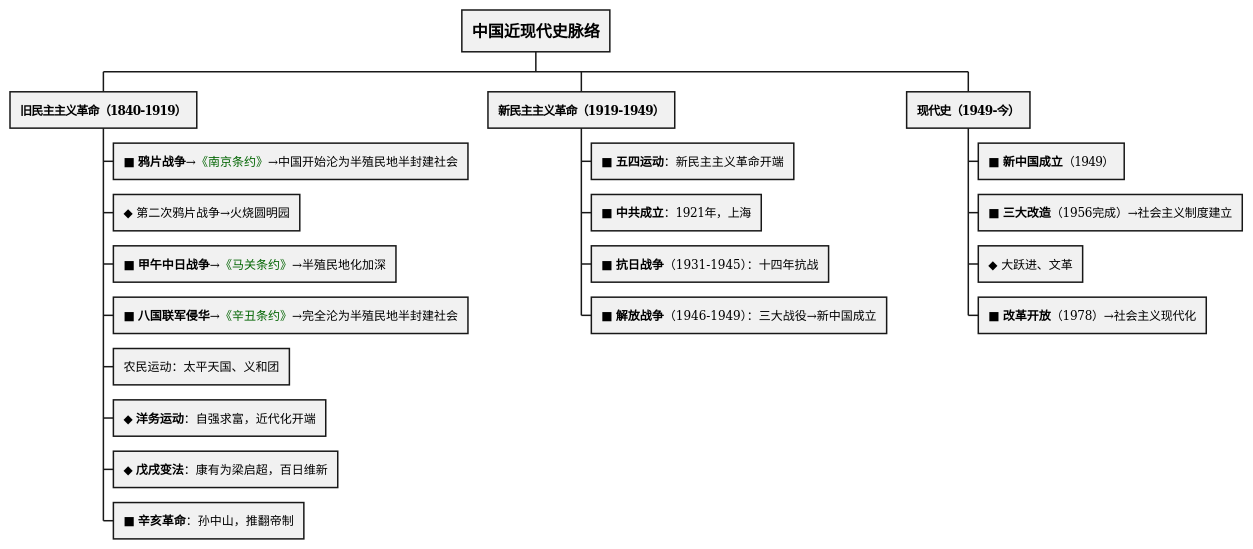
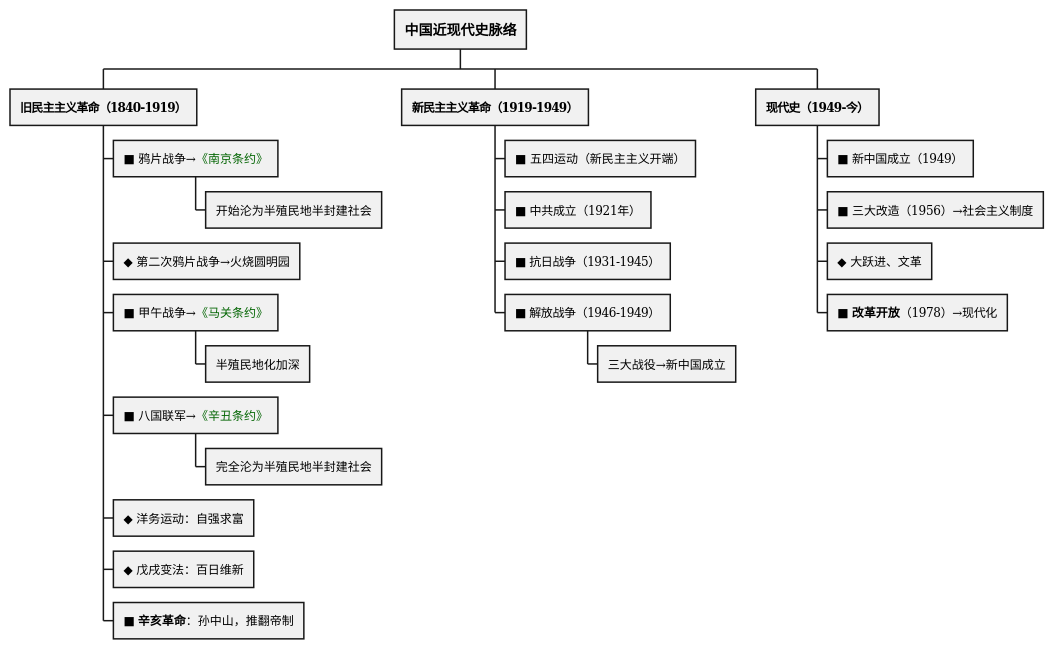
One commit to zhyage/Shehui changed the diagram in 历史/中国近现代史/中国近现代史.md. Above: the diagram before and after it, drawn with PlantUML. The commit also changed 1 other file, not shown here.

Commit message:
中国近现代史脉络图长文本拆为多行

````diff
--- a/历史/中国近现代史/中国近现代史.md
+++ b/历史/中国近现代史/中国近现代史.md
@@ -16,24 +16,27 @@
 ```plantuml
 @startwbs
-+ <size:16><b>中国近现代史脉络</b></size>
++ <size:14><b>中国近现代史脉络</b></size>
 ++ <b>旧民主主义革命（1840-1919）</b>
-+++ ■ <b>鸦片战争</b>→<color:#006400>《南京条约》</color>→中国开始沦为半殖民地半封建社会
++++ ■ 鸦片战争→<color:#006400>《南京条约》</color>
+++++ 开始沦为半殖民地半封建社会
 +++ ◆ 第二次鸦片战争→火烧圆明园
-+++ ■ <b>甲午中日战争</b>→<color:#006400>《马关条约》</color>→半殖民地化加深
-+++ ■ <b>八国联军侵华</b>→<color:#006400>《辛丑条约》</color>→完全沦为半殖民地半封建社会
-+++ 农民运动：太平天国、义和团
-+++ ◆ <b>洋务运动</b>：自强求富，近代化开端
-+++ ◆ <b>戊戌变法</b>：康有为梁启超，百日维新
++++ ■ 甲午战争→<color:#006400>《马关条约》</color>
+++++ 半殖民地化加深
++++ ■ 八国联军→<color:#006400>《辛丑条约》</color>
+++++ 完全沦为半殖民地半封建社会
++++ ◆ 洋务运动：自强求富
++++ ◆ 戊戌变法：百日维新
 +++ ■ <b>辛亥革命</b>：孙中山，推翻帝制
 ++ <b>新民主主义革命（1919-1949）</b>
-+++ ■ <b>五四运动</b>：新民主主义革命开端
-+++ ■ <b>中共成立</b>：1921年，上海
-+++ ■ <b>抗日战争</b>（1931-1945）：十四年抗战
-+++ ■ <b>解放战争</b>（1946-1949）：三大战役→新中国成立
++++ ■ 五四运动（新民主主义开端）
++++ ■ 中共成立（1921年）
++++ ■ 抗日战争（1931-1945）
++++ ■ 解放战争（1946-1949）
+++++ 三大战役→新中国成立
 ++ <b>现代史（1949-今）</b>
-+++ ■ <b>新中国成立</b>（1949）
-+++ ■ <b>三大改造</b>（1956完成）→社会主义制度建立
++++ ■ 新中国成立（1949）
++++ ■ 三大改造（1956）→社会主义制度
 +++ ◆ 大跃进、文革
-+++ ■ <b>改革开放</b>（1978）→社会主义现代化
++++ ■ <b>改革开放</b>（1978）→现代化
 @endwbs
 ```
````
